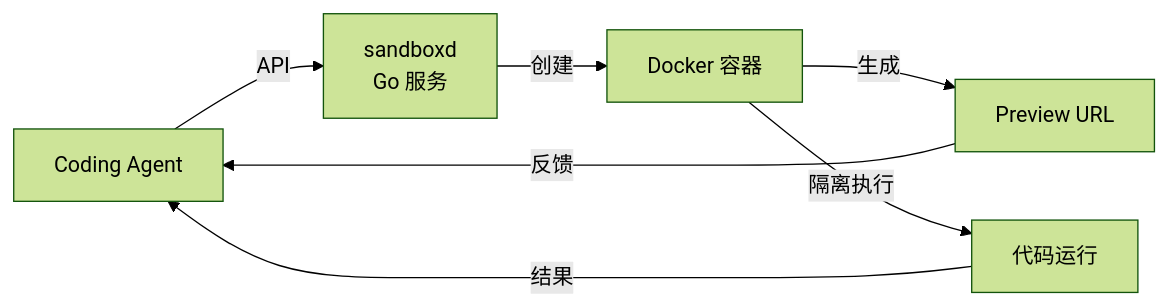
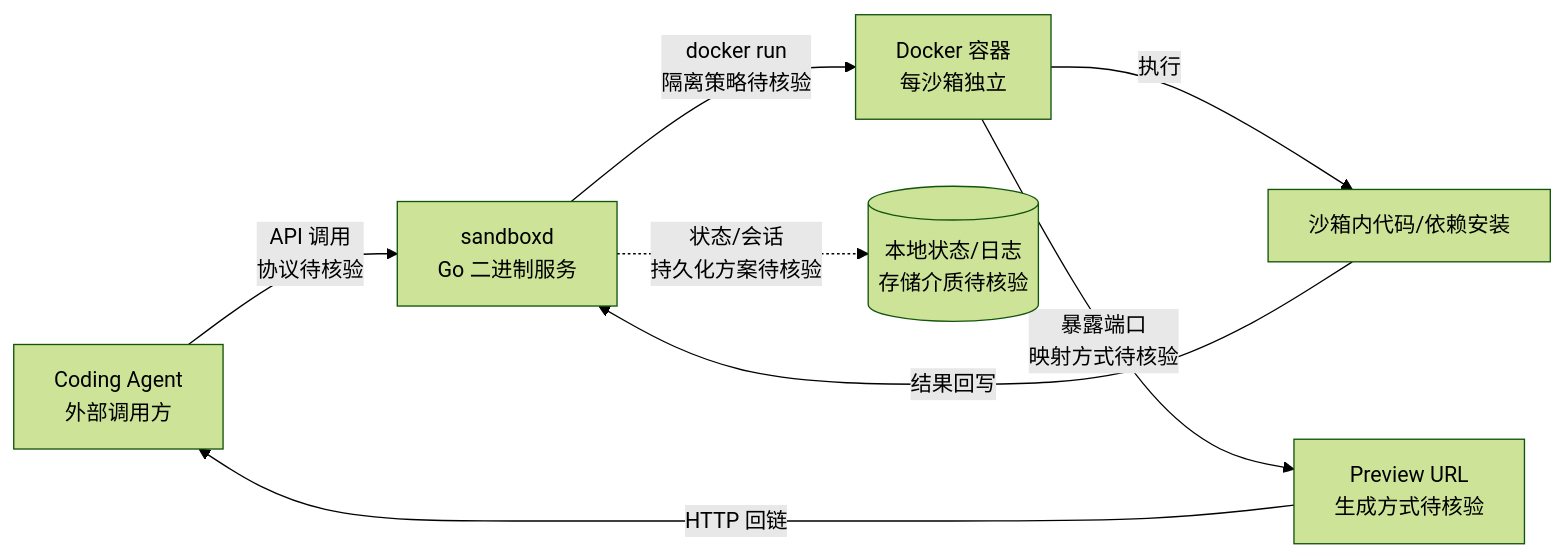
Before and after one commit to aiutil/github-researcher: the diagram in projects/sandboxd.md, drawn with Mermaid (forest theme). The commit also changed other lines of this file and 939 other files, not shown here.

Commit message:
feat: add architect briefs and Mermaid project maps

````diff
--- a/projects/sandboxd.md
+++ b/projects/sandboxd.md
@@ -44,9 +57,10 @@
 ```mermaid
 flowchart LR
-    A[Coding Agent] -->|API| B[sandboxd<br/>Go 服务]
-    B -->|创建| C[Docker 容器]
-    C -->|生成| D[Preview URL]
-    D -->|反馈| A
-    C -->|隔离执行| E[代码运行]
-    E -->|结果| A
+    A[Coding Agent<br/>外部调用方] -->|API 调用<br/>协议待核验| B[sandboxd<br/>Go 二进制服务]
+    B -->|docker run<br/>隔离策略待核验| C[Docker 容器<br/>每沙箱独立]
+    C -->|执行| D[沙箱内代码/依赖安装]
+    C -->|暴露端口<br/>映射方式待核验| E[Preview URL<br/>生成方式待核验]
+    D -->|结果回写| B
+    E -->|HTTP 回链| A
+    B -.->|状态/会话<br/>持久化方案待核验| F[(本地状态/日志<br/>存储介质待核验)]
 ```
````
